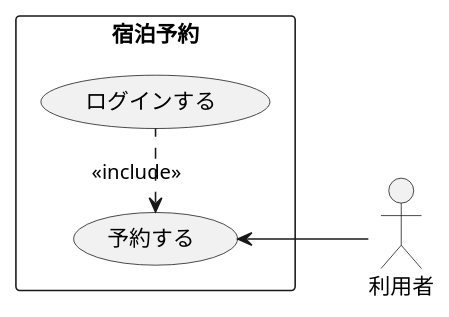
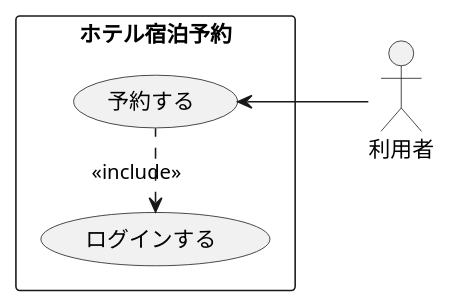
Before and after one commit to s-takaki22/uml-introduction: the diagram in 演習2-3_ホテル宿泊予約.pu, drawn with PlantUML. The commit also changed 3 other files, not shown here.

```diff
--- a/演習2-3_ホテル宿泊予約.pu
+++ b/演習2-3_ホテル宿泊予約.pu
@@ -1,10 +1,9 @@
 @startuml
 left to right direction
-actor 利用者
-rectangle 宿泊予約{
+rectangle ホテル宿泊予約{
 usecase 予約する
 usecase ログインする
 }
 予約する <-- 利用者
-予約する <. ログインする : << include >>
+ログインする <. 予約する : << include >>
 @enduml
```
